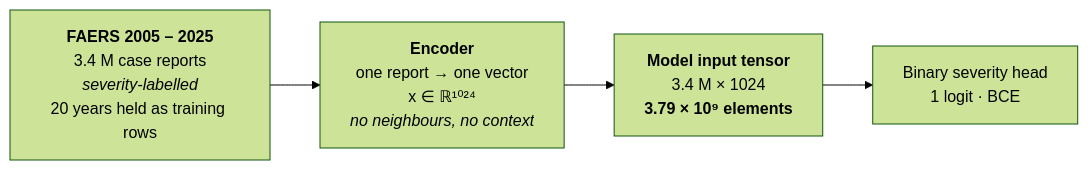
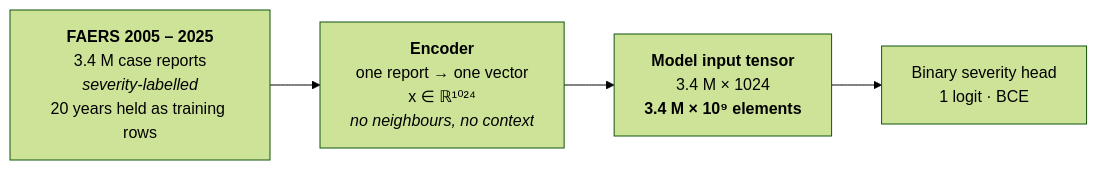
The first of 2 diagrams in README.md (nexusmed-ai/EMNLP2026), drawn with Mermaid (forest theme) before and after one commit. The commit also changed other lines of this file, not shown here.

````diff
--- a/README.md
+++ b/README.md
@@ -26,8 +26,8 @@
 ```mermaid
 flowchart LR
     A["<b>FAERS 2005 – 2025</b><br/>3.4 M case reports<br/><i>severity-labelled</i><br/>20 years held as training rows"]
     B["<b>Encoder</b><br/>one report → one vector<br/>x ∈ ℝ¹⁰²⁴<br/><i>no neighbours, no context</i>"]
-    C["<b>Model input tensor</b><br/>3.4 M × 1024<br/><b>3.79 × 10⁹ elements</b>"]
+    C["<b>Model input tensor</b><br/>3.4 M × 1024<br/><b>3.4 M × 10⁹ elements</b>"]
     D["Binary severity head<br/>1 logit · BCE"]
     A --> B --> C --> D
 ```
````
